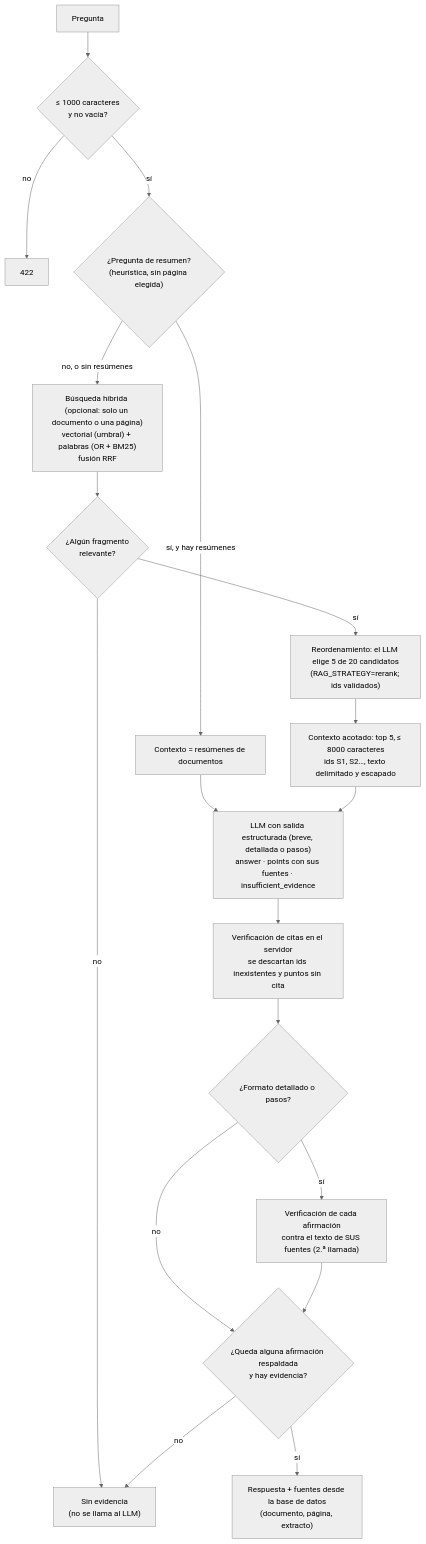
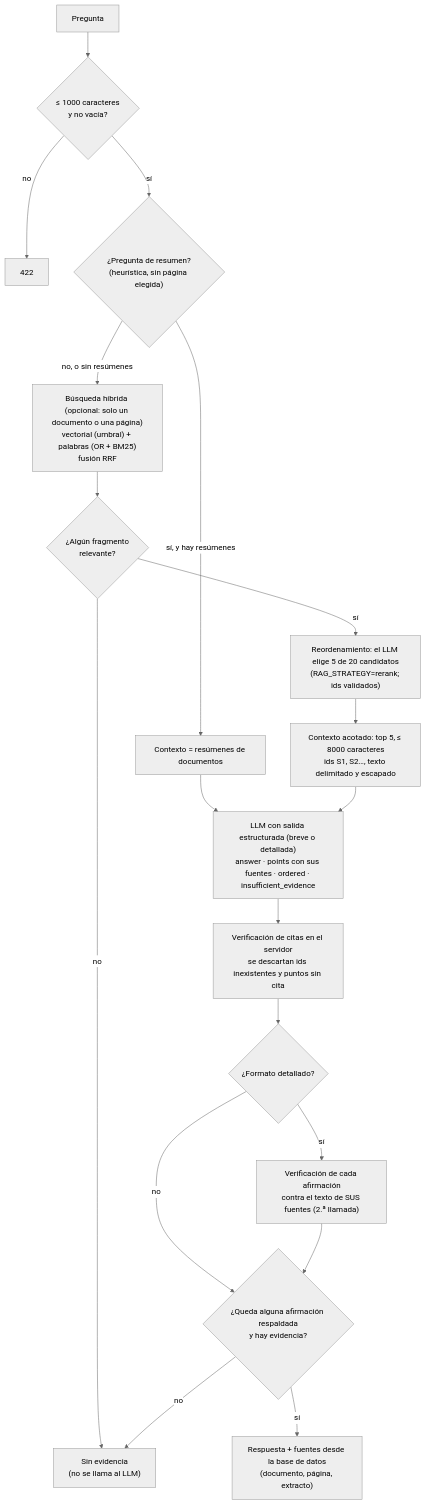
The third of 4 diagrams in docs/architecture.md (ivanqenk/rag), drawn with Mermaid (neutral theme) before and after one commit. The commit also changed 19 other files, not shown here.

First line of the commit message:
Formatos de respuesta: solo Breve y Detallada, con pasos numerados automáticamente

````diff
--- a/docs/architecture.md
+++ b/docs/architecture.md
@@ -68,22 +68,22 @@
 ```mermaid
 flowchart TD
     Q[Pregunta] --> V{"≤ 1000 caracteres<br/>y no vacía?"}
     V -->|no| E422[422]
     V -->|sí| SQ{"¿Pregunta de resumen?<br/>(heurística, sin página elegida)"}
     SQ -->|sí, y hay resúmenes| CS["Contexto = resúmenes de documentos"]
     SQ -->|no, o sin resúmenes| H["Búsqueda híbrida (opcional: solo un documento o una página)<br/>vectorial (umbral) + palabras (OR + BM25)<br/>fusión RRF"]
     H --> C{"¿Algún fragmento<br/>relevante?"}
     C -->|no| NE["Sin evidencia<br/>(no se llama al LLM)"]
     C -->|sí| RR["Reordenamiento: el LLM elige 5 de 20 candidatos<br/>(RAG_STRATEGY=rerank; ids validados)"]
     RR --> CC["Contexto acotado: top 5, ≤ 8000 caracteres<br/>ids S1, S2…, texto delimitado y escapado"]
     CS --> LLM
-    CC --> LLM["LLM con salida estructurada (breve, detallada o pasos)<br/>answer · points con sus fuentes · insufficient_evidence"]
+    CC --> LLM["LLM con salida estructurada (breve o detallada)<br/>answer · points con sus fuentes · ordered · insufficient_evidence"]
     LLM --> VC["Verificación de citas en el servidor<br/>se descartan ids inexistentes y puntos sin cita"]
-    VC --> VF{"¿Formato detallado o pasos?"}
+    VC --> VF{"¿Formato detallado?"}
     VF -->|sí| VV["Verificación de cada afirmación<br/>contra el texto de SUS fuentes (2.ª llamada)"]
     VF -->|no| OK
     VV --> OK
     OK{"¿Queda alguna afirmación respaldada<br/>y hay evidencia?"}
     OK -->|no| NE
     OK -->|sí| R["Respuesta + fuentes desde la base de datos<br/>(documento, página, extracto)"]
 ```
````
